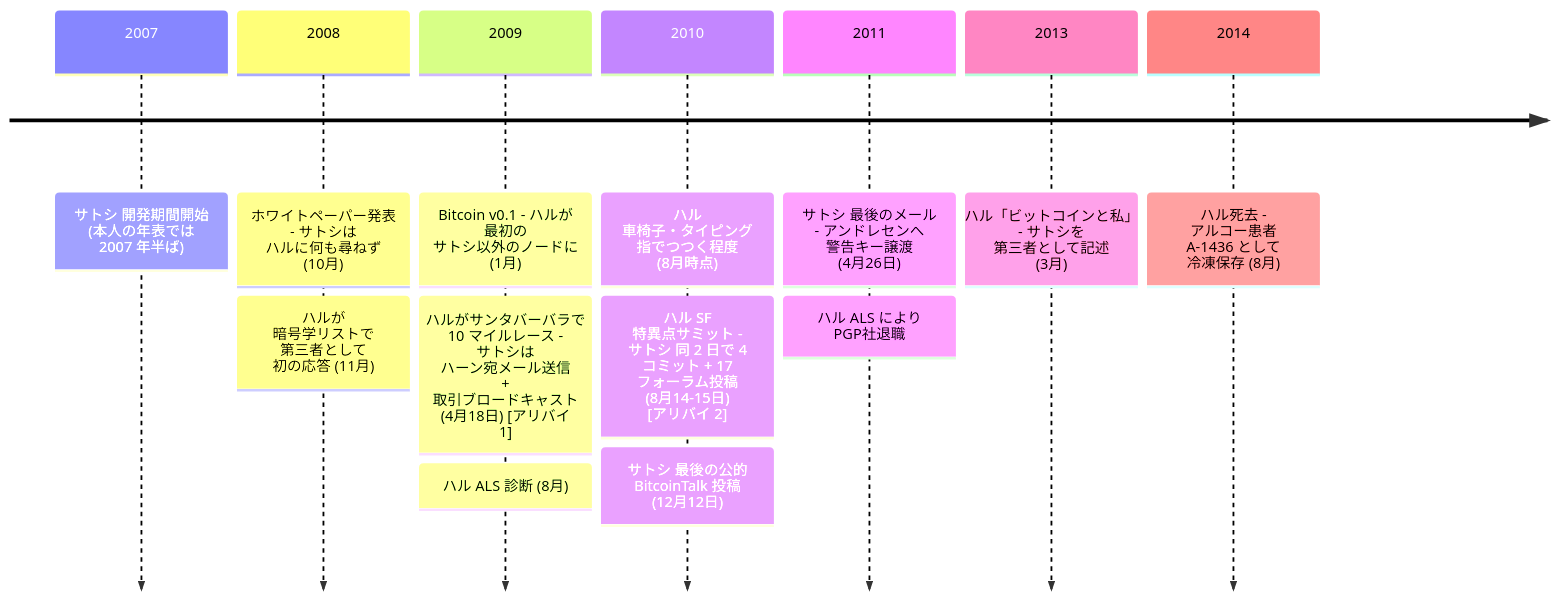
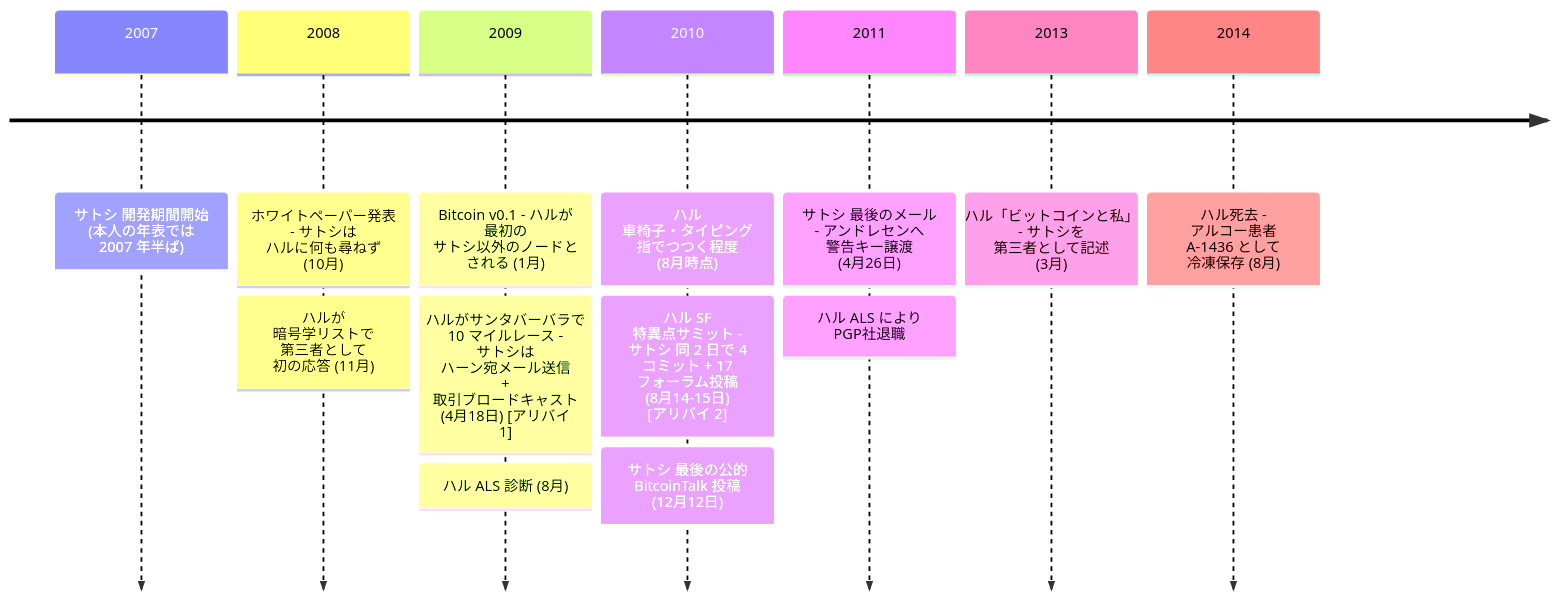
One commit to cypher256/BitcoinArchive changed the diagram in src/data/translations/ja/analysis/2014-03-25-hal-finney-satoshi-identity-hypothesis.md. Above: the diagram before and after it, drawn with Mermaid. The commit also changed 5 other files, not shown here.

````diff
--- a/src/data/translations/ja/analysis/2014-03-25-hal-finney-satoshi-identity-hypothesis.md
+++ b/src/data/translations/ja/analysis/2014-03-25-hal-finney-satoshi-identity-hypothesis.md
@@ -69,24 +69,24 @@
 ```mermaid
 timeline
     2007 : サトシ 開発期間開始 (本人の年表では 2007 年半ば)
     2008 : ホワイトペーパー発表 - サトシは ハルに何も尋ねず (10月)
     %% link: /BitcoinArchive/ja/entries/emails/cryptography/bitcoin-p2p-e-cash-paper/2008-10-31-bitcoin-p2p-e-cash-paper/
          : ハルが 暗号学リストで 第三者として 初の応答 (11月)
     %% link: /BitcoinArchive/ja/entries/correspondence/hal-finney/2008-11-19-finney-to-satoshi-scalability/
-    2009 : Bitcoin v0.1 - ハルが 最初の サトシ以外のノードに (1月)
+    2009 : Bitcoin v0.1 - ハルが 最初の サトシ以外のノードと される (1月)
     %% link: /BitcoinArchive/ja/entries/sourceforge/2009-01-09-bitcoin-v01-released/
          : ハルがサンタバーバラで 10 マイルレース - サトシは ハーン宛メール送信 + 取引ブロードキャスト (4月18日) [アリバイ 1]
     %% link: /BitcoinArchive/ja/entries/correspondence/mike-hearn/questions/2009-04-18-satoshi-to-hearn-ecdsa/
          : ハル ALS 診断 (8月)
     2010 : ハル 車椅子・タイピング 指でつつく程度 (8月時点)
          : ハル SF 特異点サミット - サトシ 同 2 日で 4 コミット + 17 フォーラム投稿 (8月14-15日) [アリバイ 2]
          : サトシ 最後の公的 BitcoinTalk 投稿 (12月12日)
     %% link: /BitcoinArchive/ja/entries/forum/bitcointalk/topic-2228/2010-12-12-satoshi-final-post/
     2011 : サトシ 最後のメール - アンドレセンへ 警告キー譲渡 (4月26日)
     %% link: /BitcoinArchive/ja/entries/correspondence/gavin-andresen/2011-04-26-satoshi-to-andresen-alert-key/
          : ハル ALS により PGP社退職
     2013 : ハル「ビットコインと私」 - サトシを 第三者として記述 (3月)
     %% link: /BitcoinArchive/ja/entries/aftermath/2013-03-19-bitcoin-and-me-hal-finney/
     2014 : ハル死去 - アルコー患者 A-1436 として 冷凍保存 (8月)
     %% link: /BitcoinArchive/ja/entries/aftermath/2014-08-28-hal-finney-passes-away/
 ```
````
